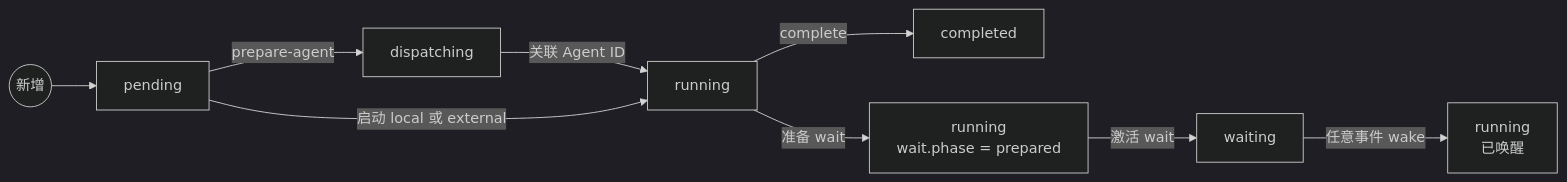
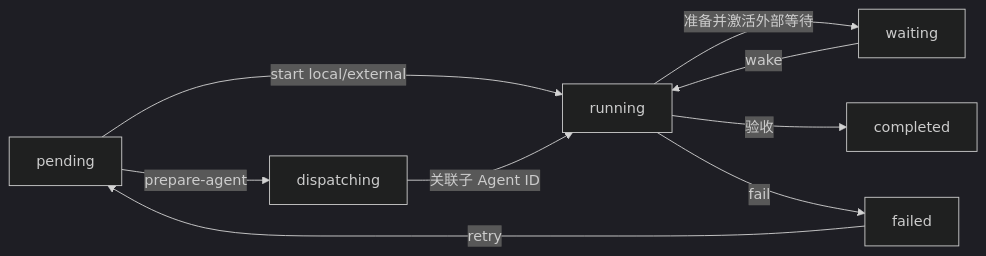
The diagram in docs/wait-goal.zh-CN.md (wenxueru/wait-skill), drawn with Mermaid (dark theme) before and after one commit. The commit also changed other lines of this file and 34 other files, not shown here.

First line of the commit message:
feat: unify wait modes and wake Codex without Desktop

````diff
--- a/docs/wait-goal.zh-CN.md
+++ b/docs/wait-goal.zh-CN.md
@@ -33,11 +29,11 @@
 ```mermaid
 flowchart LR
-    add((新增)) --> pending[pending]
-    pending -->|prepare-agent| dispatching[dispatching]
-    dispatching -->|关联 Agent ID| running[running]
-    pending -->|启动 local 或 external| running
-    running -->|complete| completed[completed]
-    running -->|准备 wait| prepared["running<br/>wait.phase = prepared"]
-    prepared -->|激活 wait| waiting[waiting]
-    waiting -->|任意事件 wake| resumed["running<br/>已唤醒"]
+    pending -->|start local/external| running
+    pending -->|prepare-agent| dispatching
+    dispatching -->|关联子 Agent ID| running
+    running -->|准备并激活外部等待| waiting
+    waiting -->|wake| running
+    running -->|验收| completed
+    running -->|fail| failed
+    failed -->|retry| pending
 ```
````
